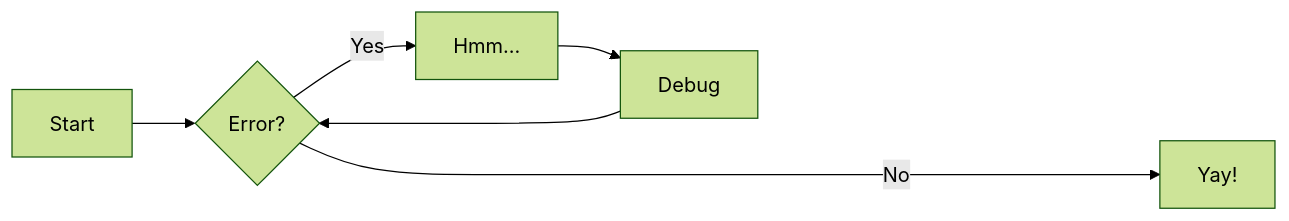
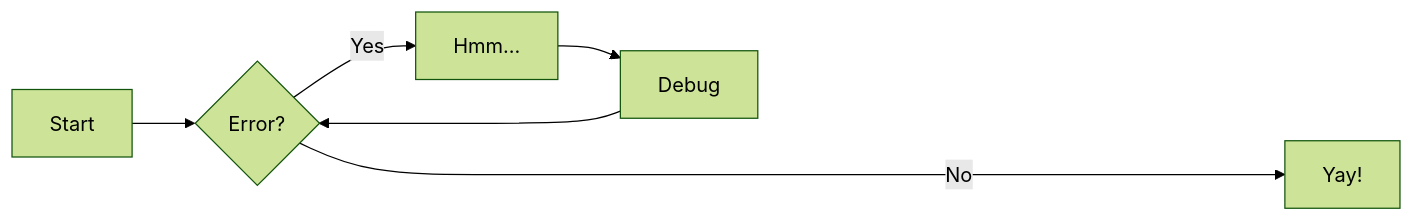
Before and after one commit to miob-miob/treeGarden: the first of 2 diagrams in docs/pages/playground.md, drawn with Mermaid (forest theme). The commit also changed other lines of this file and 3 other files, not shown here.

````diff
--- a/docs/pages/playground.md
+++ b/docs/pages/playground.md
@@ -83,8 +90,8 @@
 ``` mermaid
 graph LR
   A[Start] --> B{Error?};
   B -->|Yes| C[Hmm...];
   C --> D[Debug];
   D --> B;
-  B --------->|No| E[Yay!];
+  B ----------------->|No| E[Yay!];
 ```
````
